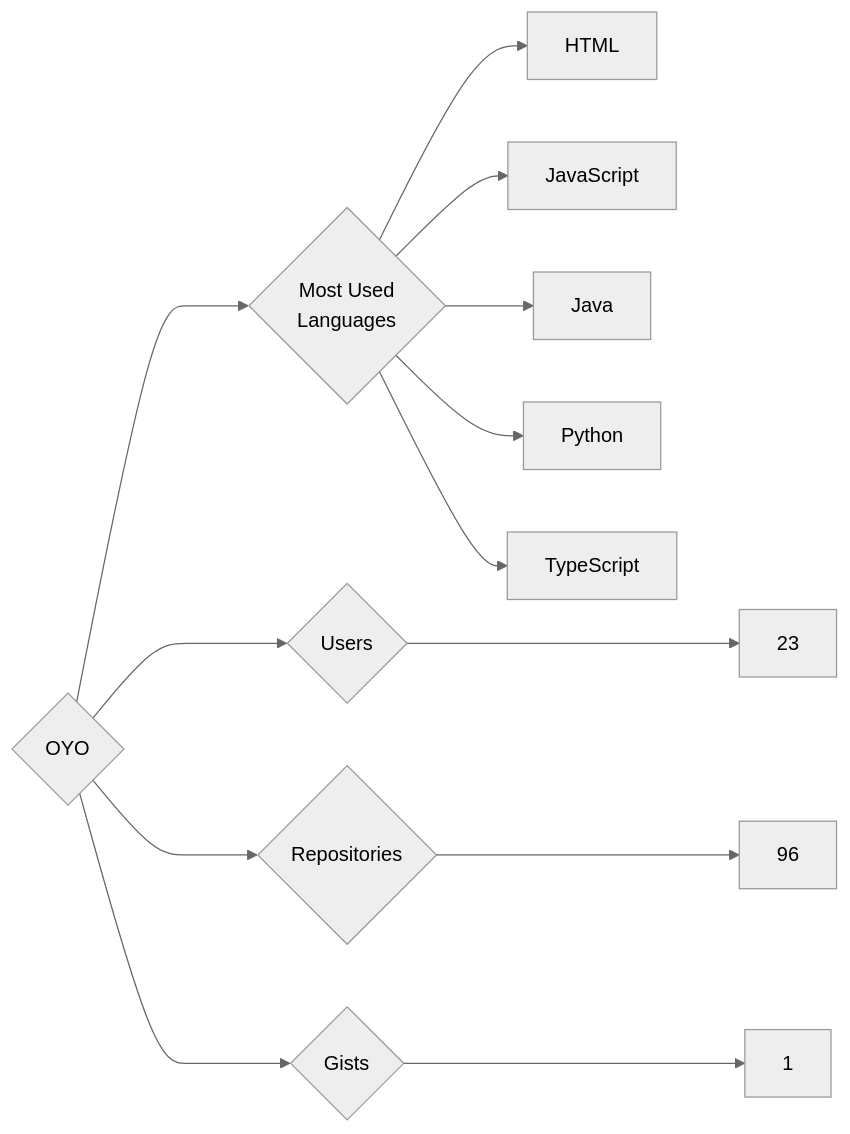
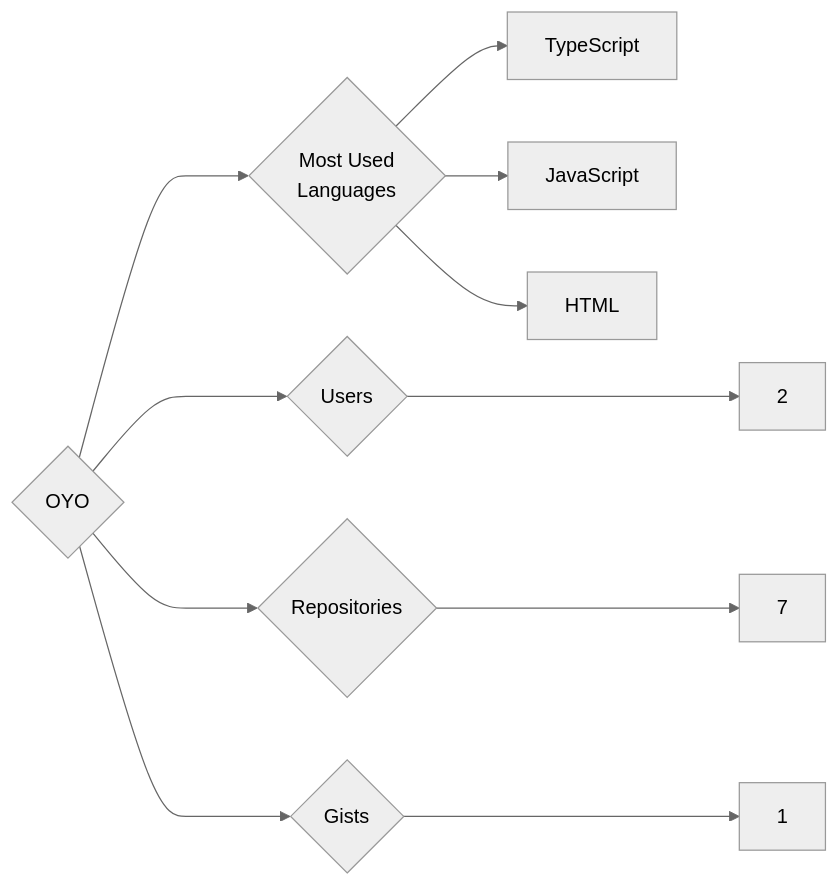
Before and after one commit to trickest/insiders: the diagram in targets/OYO/README.md, drawn with Mermaid (neutral theme). The commit also changed 799 other files, not shown here.

````diff
--- a/targets/OYO/README.md
+++ b/targets/OYO/README.md
@@ -3,13 +3,11 @@
 ```mermaid
 graph LR
 COMPANY_NAME{OYO}
-COMPANY_NAME ---> U{Users} ---> UN[23]
-COMPANY_NAME ---> R{Repositories} ---> RN[96]
+COMPANY_NAME ---> U{Users} ---> UN[2]
+COMPANY_NAME ---> R{Repositories} ---> RN[7]
 COMPANY_NAME ---> G{Gists} ---> GN[1]
 COMPANY_NAME ---> ML{Most Used<br>Languages}
+ML --> TypeScript[TypeScript]
+ML --> JavaScript[JavaScript]
 ML --> HTML[HTML]
-ML --> JavaScript[JavaScript]
-ML --> Java[Java]
-ML --> Python[Python]
-ML --> TypeScript[TypeScript]
 ```
````
